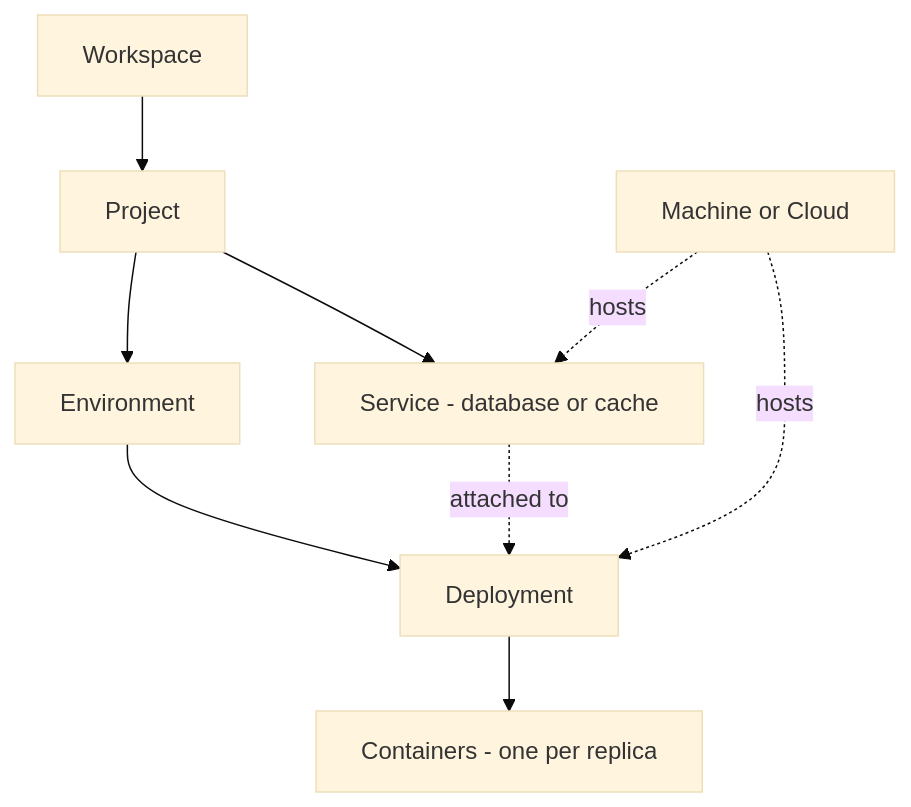
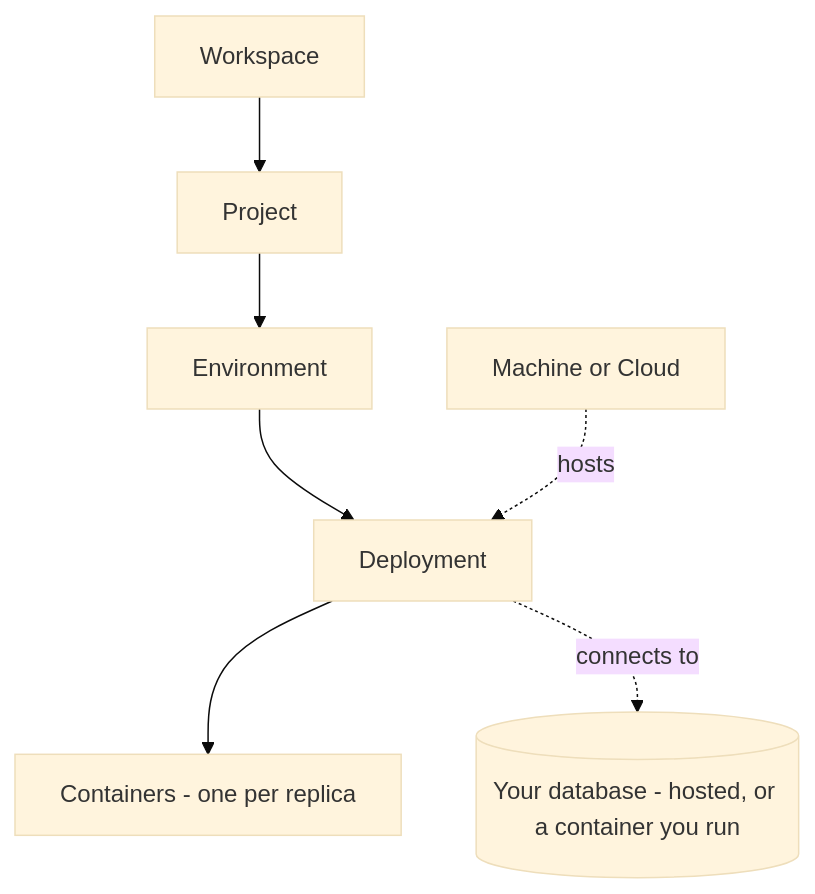
Before and after one commit to SoftwareMickey/docs: the first of 2 diagrams in start/how-beaver-fits-together.mdx, drawn with Mermaid (base theme). The commit also changed other lines of this file and 129 other files, not shown here.

Commit message:
docs(services-removal): replace managed services docs with bring-your-own-database and container recipes

````diff
--- a/start/how-beaver-fits-together.mdx
+++ b/start/how-beaver-fits-together.mdx
@@ -29,11 +29,9 @@
 ```mermaid
 flowchart TD
   W[Workspace] --> P[Project]
   P --> E[Environment]
   E --> D[Deployment]
   D --> C[Containers - one per replica]
-  P --> S[Service - database or cache]
-  S -. attached to .-> D
   M[Machine or Cloud] -. hosts .-> D
-  M -. hosts .-> S
+  D -. connects to .-> X[(Your database - hosted, or a container you run)]
 ```
````
